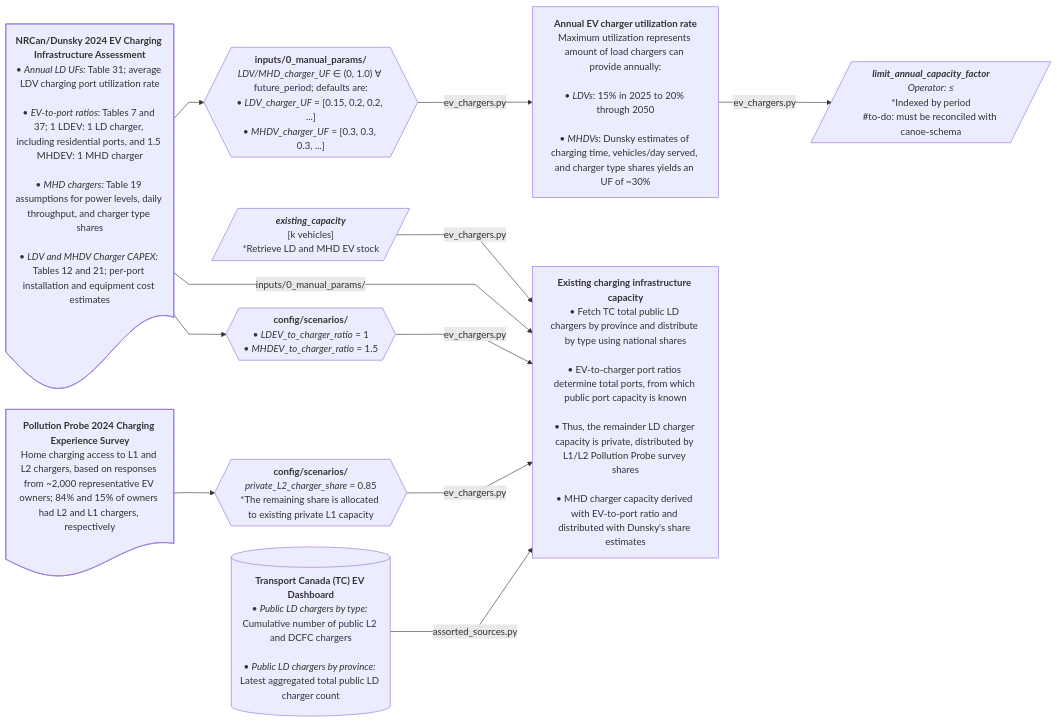
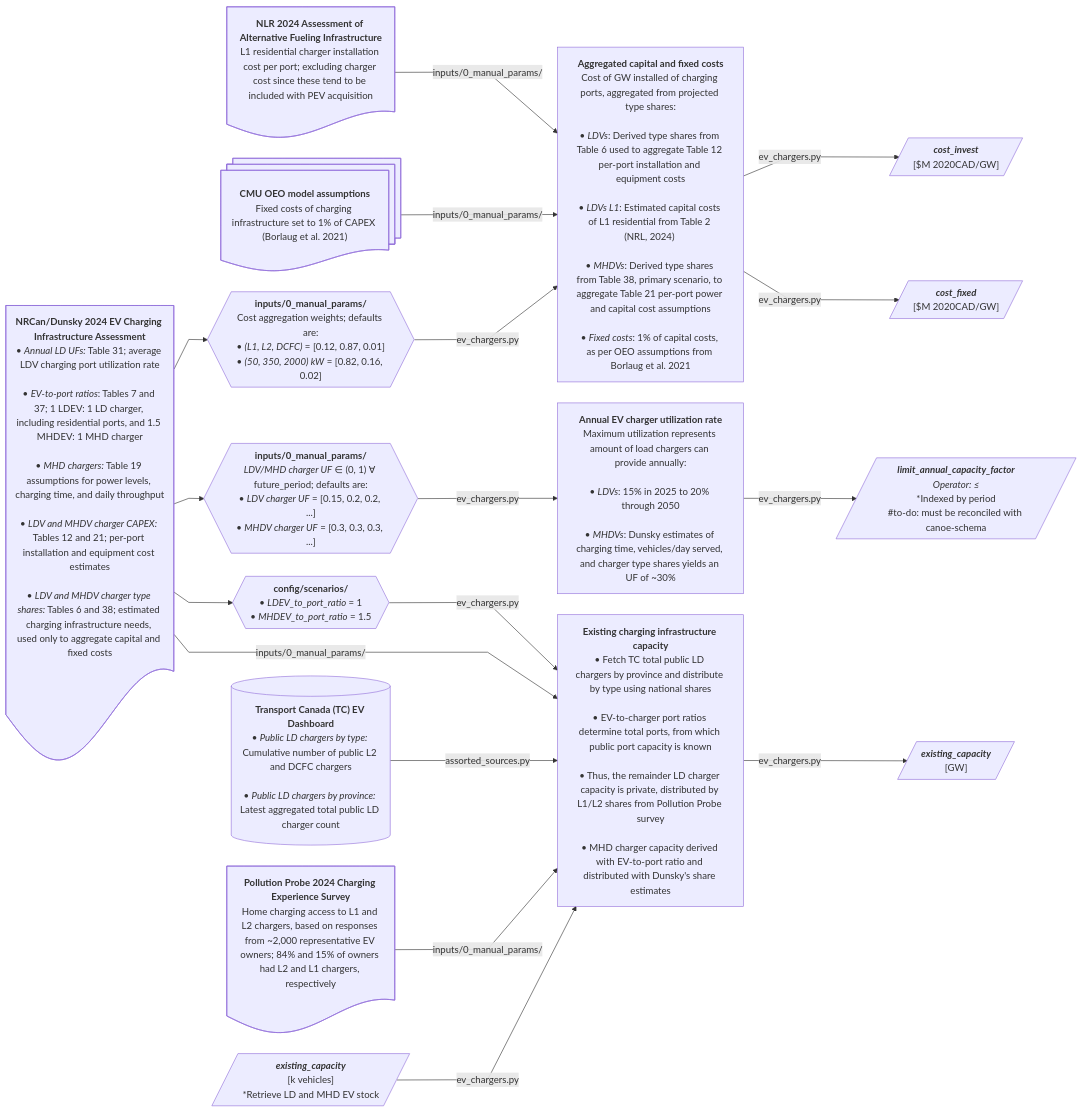
One commit to CANOE-main/canoe-transportation changed the tenth of 12 diagrams in docs/etl_flowcharts.md. Above: the diagram before and after it, drawn with Mermaid. The commit also changed other lines of this file and 34 other files, not shown here.

````diff
--- a/docs/etl_flowcharts.md
+++ b/docs/etl_flowcharts.md
@@ -940,54 +865,76 @@
   s1@{shape: doc, label: "**NRCan/Dunsky 2024 EV Charging Infrastructure Assessment**
     • *Annual LD UFs:* Table 31; average LDV charging port utilization rate<br>
     • *EV-to-port ratios*: Tables 7 and 37; 1 LDEV: 1 LD charger, including residential ports, and 1.5 MHDEV: 1 MHD charger<br>
-    • *MHD chargers:* Table 19 assumptions for power levels, daily throughput, and charger type shares<br>
-    • *LDV and MHDV Charger CAPEX:* Tables 12 and 21; per-port installation and equipment cost estimates"}
+    • *MHD chargers:* Table 19 assumptions for power levels, charging time, and daily throughput<br>
+    • *LDV and MHDV charger CAPEX:* Tables 12 and 21; per-port installation and equipment cost estimates<br>
+    • *LDV and MHDV charger type shares:* Tables 6 and 38; estimated charging infrastructure needs, used only to aggregate capital and fixed costs"}
   s2[("`**Transport Canada (TC) EV Dashboard**
     • *Public LD chargers by type:* Cumulative number of public L2 and DCFC chargers<br>
     • *Public LD chargers by province:* Latest aggregated total public LD charger count`")]
   s3@{shape: doc, label: "**Pollution Probe 2024 Charging Experience Survey**
     Home charging access to L1 and L2 chargers, based on responses from ~2,000 representative EV owners; 84% and 15% of owners had L2 and L1 chargers, respectively"}
-  
+  s4@{shape: doc, label: "**NLR 2024 Assessment of Alternative Fueling Infrastructure**
+    L1 residential charger installation cost per port; excluding charger cost since these tend to be included with PEV acquisition"}
+  s5@{shape: docs, label: "**CMU OEO model assumptions**
+      Fixed costs of charging infrastructure set to 1% of CAPEX (Borlaug et al. 2021)"}
+  oi[/"`***existing_capacity***
+    [k vehicles]
+    *Retrieve LD and MHD EV stock`"/]  
 
   %% ########### Processes ###########
+  p0["`**Aggregated capital and fixed costs**
+    Cost of GW installed of charging ports, aggregated from projected type shares:<br>
+    • *LDVs*: Derived type shares from Table 6 used to aggregate Table 12 per-port installation and equipment costs<br>
+    • *LDVs L1*: Estimated capital costs of L1 residential from Table 2 (NRL, 2024) <br>
+    • *MHDVs*: Derived type shares from Table 38, primary scenario, to aggregate Table 21 per-port power and capital cost assumptions<br>
+    • *Fixed costs*: 1% of capital costs, as per OEO assumptions from Borlaug et al. 2021
+    `"]
+  p0_2@{shape: hex, label: "**inputs/0_manual_params/**
+    Cost aggregation weights; defaults are:
+    • *(L1, L2, DCFC)* = [0.12, 0.87, 0.01]
+    • *(50, 350, 2000) kW* = [0.82, 0.16, 0.02]"}
+  s4 & s5 -- inputs/0_manual_params/ --> p0
+  s1 --> p0_2 -- ev_chargers.py --> p0
+  p0 -- ev_chargers.py --> o0 & o0_2
+  o0[/"`***cost_invest***
+    [$M 2020CAD/GW]`"/]
+  o0_2[/"`***cost_fixed***
+    [$M 2020CAD/GW]`"/]
+
   p1["`**Annual EV charger utilization rate**
     Maximum utilization represents amount of load chargers can provide annually:<br>
     • *LDVs*: 15% in 2025 to 20% through 2050<br>
     • *MHDVs*: Dunsky estimates of charging time, vehicles/day served, and charger type shares yields an UF of ~30%`"]
   p1_2@{shape: hex, label: "**inputs/0_manual_params/**
-    *LDV/MHD_charger_UF* ∈ (0, 1.0) ∀ future_period; defaults are:
-    • *LDV_charger_UF* = [0.15, 0.2, 0.2, ...]
-    • *MHDV_charger_UF* = [0.3, 0.3, 0.3, ...]"}
+    *LDV/MHD charger UF* ∈ (0, 1) ∀ future_period; defaults are:
+    • *LDV charger UF* = [0.15, 0.2, 0.2, ...]
+    • *MHDV charger UF* = [0.3, 0.3, 0.3, ...]"}
   s1 --> p1_2 -- ev_chargers.py --> p1
   p1 -- ev_chargers.py --> o1[/"`***limit_annual_capacity_factor***
     *Operator: ≤*
     *Indexed by period
     #to-do: must be reconciled with canoe-schema`"/]
 
-  o0[/"`***existing_capacity***
-    [k vehicles]
-    *Retrieve LD and MHD EV stock`"/]
   p2["`**Existing charging infrastructure capacity**
     • Fetch TC total public LD chargers by province and distribute by type using national shares<br>
     • EV-to-charger port ratios determine total ports, from which public port capacity is known<br>
-    • Thus, the remainder LD charger capacity is private, distributed by L1/L2 Pollution Probe survey shares<br>
+    • Thus, the remainder LD charger capacity is private, distributed by L1/L2 shares from Pollution Probe survey<br>
     • MHD charger capacity derived with EV-to-port ratio and distributed with Dunsky's share estimates`"]
   p2_2@{shape: hex, label: "**config/scenarios/**
-    • *LDEV_to_charger_ratio* = 1
-    • *MHDEV_to_charger_ratio* = 1.5"}
-  p2_3@{shape: hex, label: "**config/scenarios/**
-    *private_L2_charger_share* = 0.85
-    *The remaining share is allocated to existing private L1 capacity"}
-  s2 -- assorted_sources.py --> p2
-  s3 --> p2_3 -- ev_chargers.py --> p2
+    • *LDEV_to_port_ratio* = 1
+    • *MHDEV_to_port_ratio* = 1.5"}
   s1 --> p2_2 -- ev_chargers.py --> p2
   s1 -- inputs/0_manual_params/ --> p2
-  o0 -- ev_chargers.py --> p2
-
-
+  s2 -- assorted_sources.py --> p2
+  s3 -- inputs/0_manual_params/ --> p2
+  oi -- ev_chargers.py --> p2
+  p2 -- ev_chargers.py --> o2[/"`***existing_capacity***
+    [GW]`"/]
 
   %% --- Hyperlinks ---
   click s1 "https://natural-resources.canada.ca/energy-efficiency/transportation-energy-efficiency/resource-library/electric-vehicle-charging-infrastructure-canada#a34"
   click s2 "https://tc.canada.ca/en/road-transportation/innovative-technologies/electric-vehicles/canada-electric-vehicle-dashboard"
   click s3 "https://www.pollutionprobe.org/pollution-probe-2024-canadian-electric-vehicle-owner-charging-experience-survey-report/"
+  click s4 "https://docs.nlr.gov/docs/fy24osti/88513.pdf"
+  click s5 "https://github.com/TemoaProject/oeo/blob/master/database_documentation/TransportationSector.ipynb"
 ```
````
